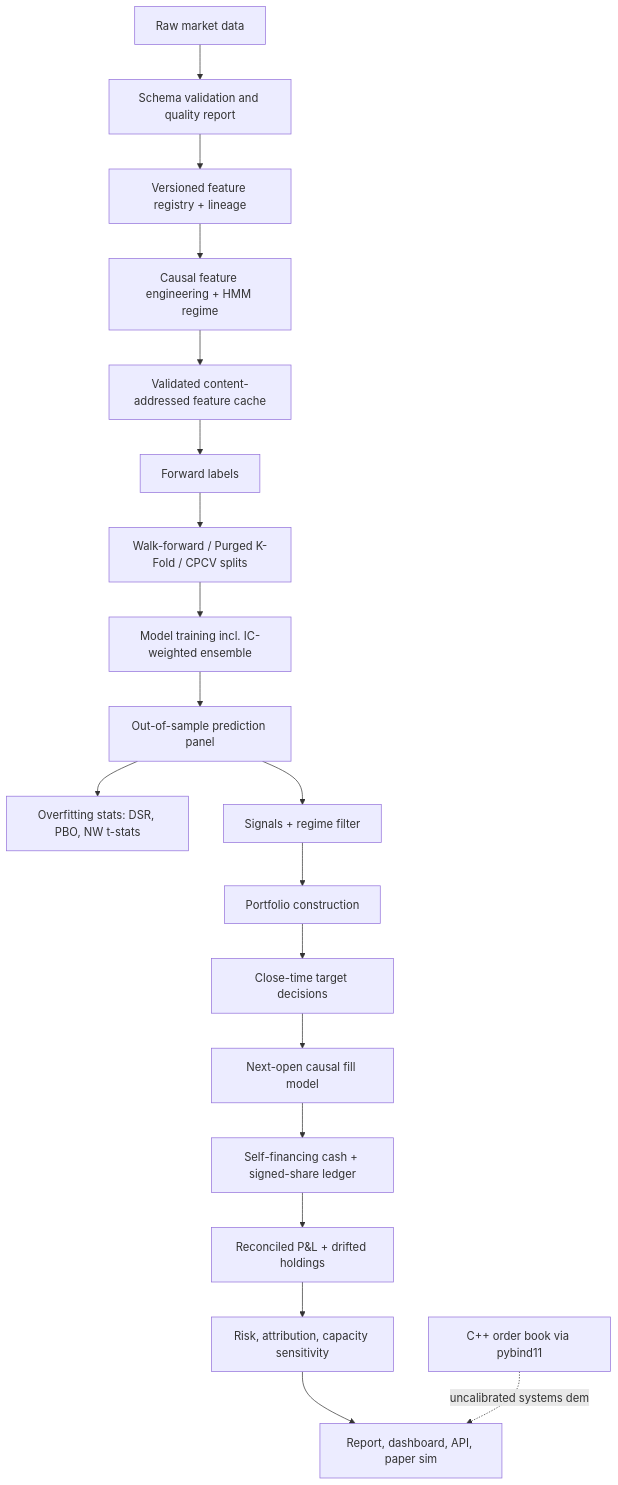
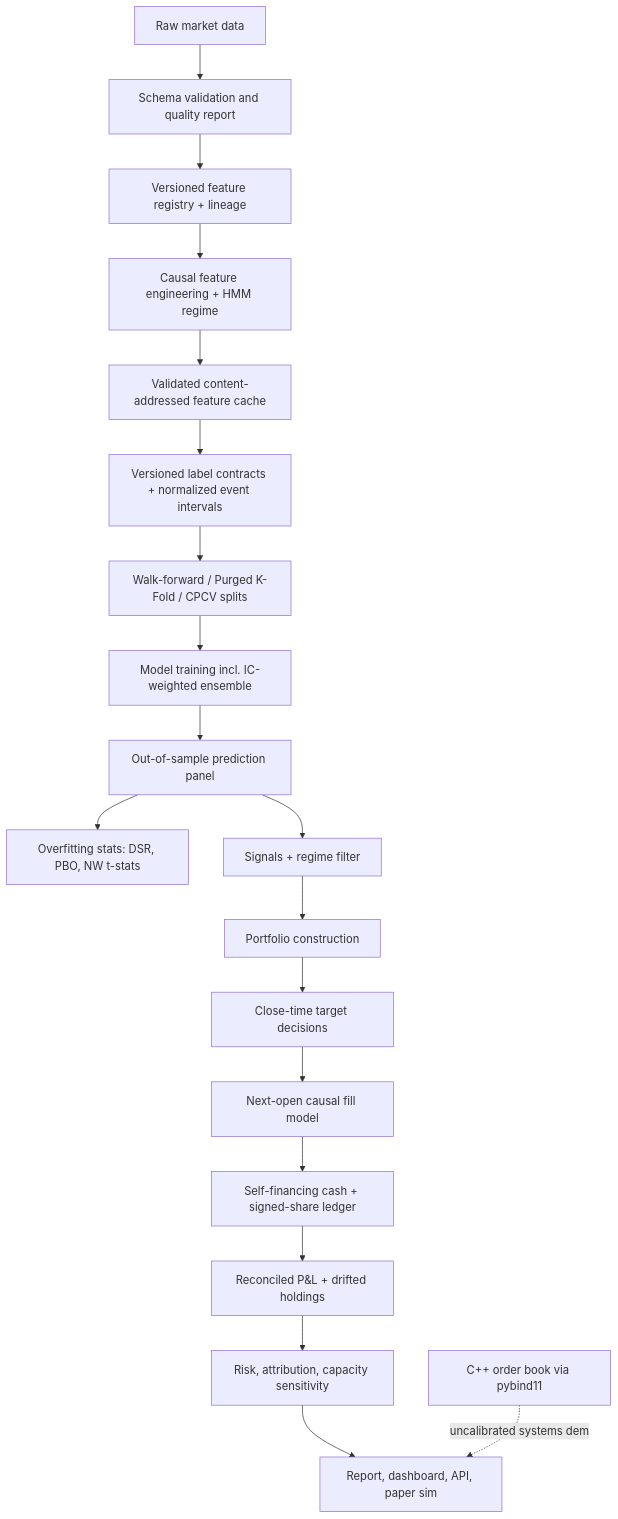
The diagram in docs/architecture.md (srgangaram-swe/AlphaForge), drawn with Mermaid before and after one commit. The commit also changed other lines of this file and 27 other files, not shown here.

Commit message:
feat: add governed financial label contracts

````diff
--- a/docs/architecture.md
+++ b/docs/architecture.md
@@ -5,21 +5,21 @@
 ```mermaid
 flowchart TD
     raw[Raw market data] --> validate[Schema validation and quality report]
     validate --> registry[Versioned feature registry + lineage]
     registry --> features[Causal feature engineering + HMM regime]
     features --> cache[Validated content-addressed feature cache]
-    cache --> labels[Forward labels]
+    cache --> labels[Versioned label contracts + normalized event intervals]
     labels --> splits[Walk-forward / Purged K-Fold / CPCV splits]
     splits --> models[Model training incl. IC-weighted ensemble]
     models --> preds[Out-of-sample prediction panel]
     preds --> overfit[Overfitting stats: DSR, PBO, NW t-stats]
     preds --> signals[Signals + regime filter]
     signals --> portfolio[Portfolio construction]
     portfolio --> orders[Close-time target decisions]
     orders --> execution[Next-open causal fill model]
     execution --> ledger[Self-financing cash + signed-share ledger]
     ledger --> backtest[Reconciled P&L + drifted holdings]
     backtest --> risk[Risk, attribution, capacity sensitivity]
     risk --> outputs[Report, dashboard, API, paper sim]
     native[C++ order book via pybind11] -.uncalibrated systems demo.-> outputs
 ```
````
